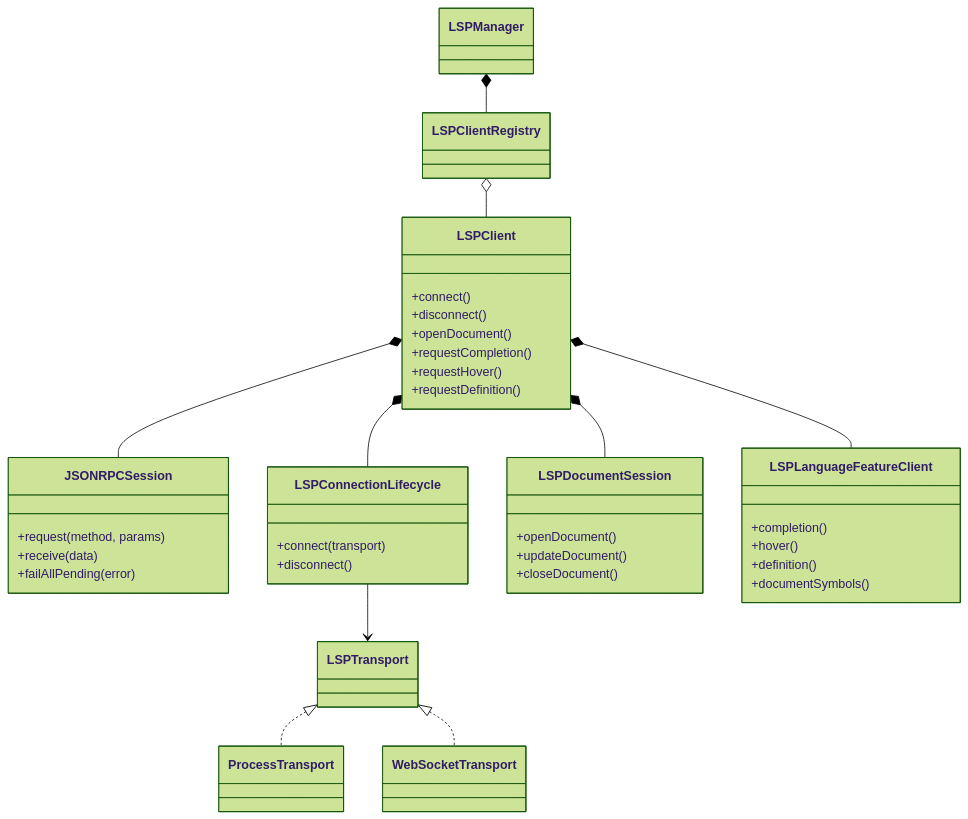
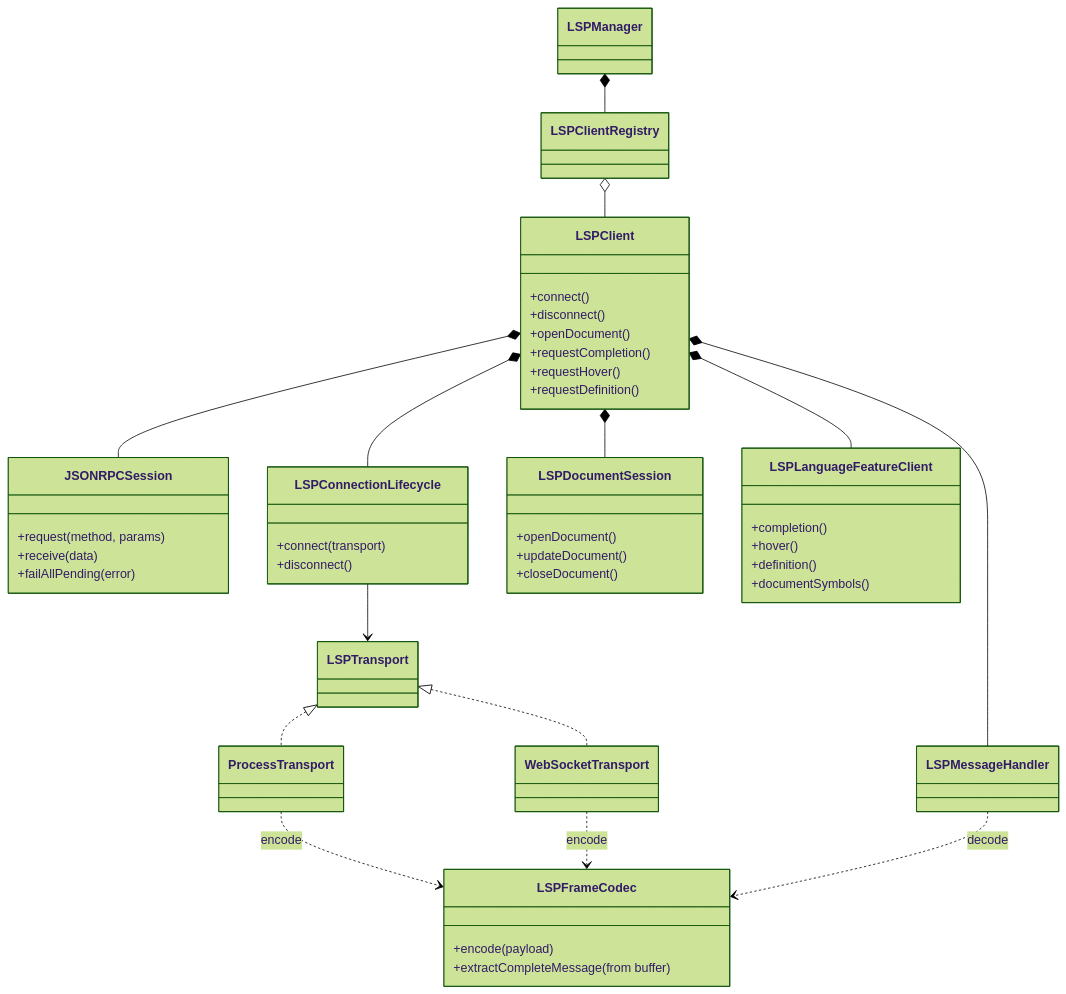
The diagram in docs/Diagrams/12-lsp-system-architecture.md (ajmcclary/CodeEditorKit), drawn with Mermaid (forest theme) before and after one commit. The commit also changed 6 other files, not shown here.

First line of the commit message:
docs: CHANGELOG, source-tree bullets, and LSP diagram for the frame-codec consolidation

````diff
--- a/docs/Diagrams/12-lsp-system-architecture.md
+++ b/docs/Diagrams/12-lsp-system-architecture.md
@@ -5,46 +5,55 @@
 ```mermaid
 classDiagram
     class LSPManager
     class LSPClientRegistry
     class LSPClient {
         +connect()
         +disconnect()
         +openDocument()
         +requestCompletion()
         +requestHover()
         +requestDefinition()
     }
     class JSONRPCSession {
         +request(method, params)
         +receive(data)
         +failAllPending(error)
     }
     class LSPConnectionLifecycle {
         +connect(transport)
         +disconnect()
     }
     class LSPDocumentSession {
         +openDocument()
         +updateDocument()
         +closeDocument()
     }
     class LSPLanguageFeatureClient {
         +completion()
         +hover()
         +definition()
         +documentSymbols()
     }
     class LSPTransport
     class ProcessTransport
     class WebSocketTransport
+    class LSPMessageHandler
+    class LSPFrameCodec {
+        +encode(payload)
+        +extractCompleteMessage(from buffer)
+    }
 
     LSPManager *-- LSPClientRegistry
     LSPClientRegistry o-- LSPClient
     LSPClient *-- JSONRPCSession
     LSPClient *-- LSPConnectionLifecycle
     LSPClient *-- LSPDocumentSession
     LSPClient *-- LSPLanguageFeatureClient
+    LSPClient *-- LSPMessageHandler
     LSPConnectionLifecycle --> LSPTransport
     LSPTransport <|.. ProcessTransport
     LSPTransport <|.. WebSocketTransport
+    ProcessTransport ..> LSPFrameCodec : encode
+    WebSocketTransport ..> LSPFrameCodec : encode
+    LSPMessageHandler ..> LSPFrameCodec : decode
 ```
````
